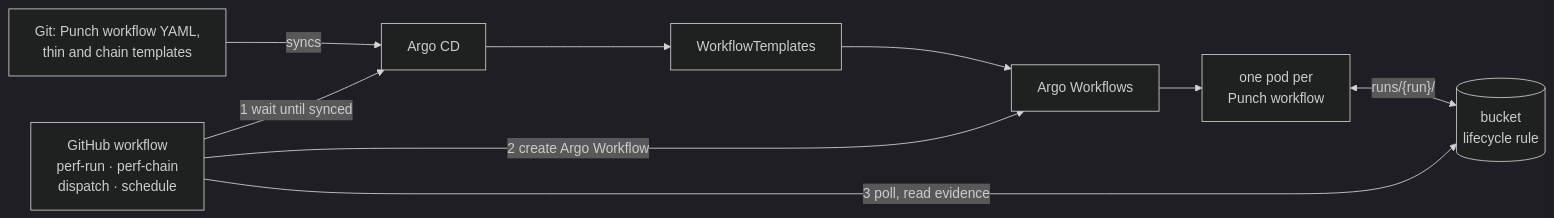
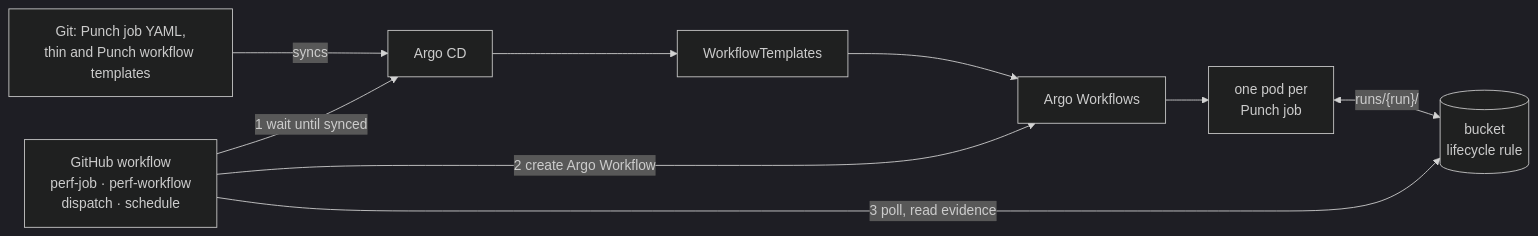
Before and after one commit to nicopizar00/punch: the first of 4 diagrams in docs/architecture/orchestrator-to-kubernetes.md, drawn with Mermaid (dark theme). The commit also changed other lines of this file and 3 other files, not shown here.

First line of the commit message:
docs(job): set the Punch job terms and the path to GitHub Actions

````diff
--- a/docs/architecture/orchestrator-to-kubernetes.md
+++ b/docs/architecture/orchestrator-to-kubernetes.md
@@ -15,13 +23,13 @@
 ```mermaid
 flowchart LR
-  Git["Git: Punch workflow YAML,<br/>thin and chain templates"]
+  Git["Git: Punch job YAML,<br/>thin and Punch workflow templates"]
   Git -->|syncs| CD["Argo CD"]
   CD --> Tpl["WorkflowTemplates"]
-  GH["GitHub workflow<br/>perf-run · perf-chain<br/>dispatch · schedule"]
+  GH["GitHub workflow<br/>perf-job · perf-workflow<br/>dispatch · schedule"]
   GH -->|"1 wait until synced"| CD
   GH -->|"2 create Argo Workflow"| Argo["Argo Workflows"]
   Tpl --> Argo
-  Argo --> Pods["one pod per<br/>Punch workflow"]
+  Argo --> Pods["one pod per<br/>Punch job"]
   Pods <-->|"runs/{run}/"| Bucket[("bucket<br/>lifecycle rule")]
   GH -->|"3 poll, read evidence"| Bucket
 ```
````
